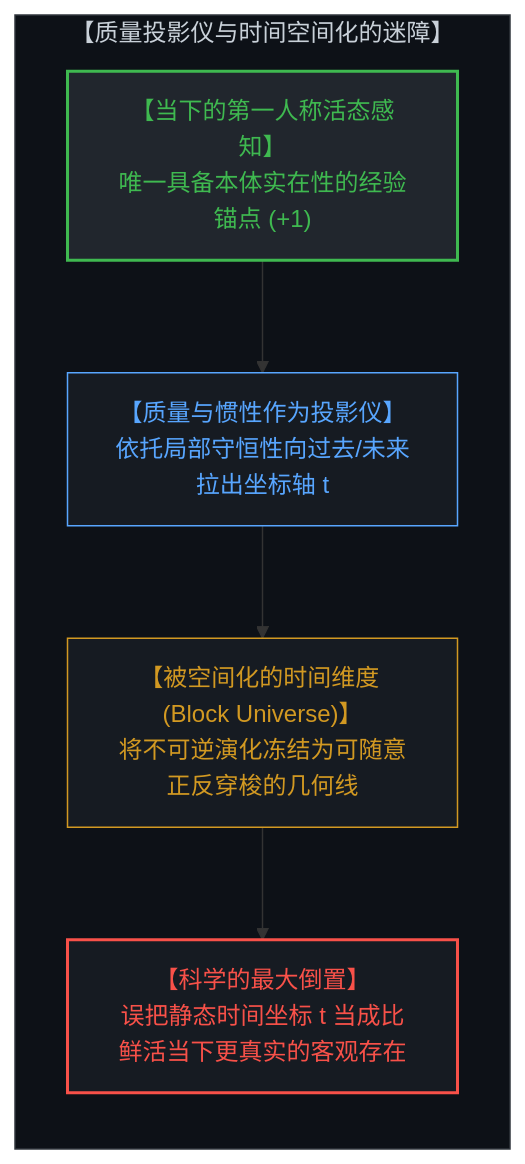
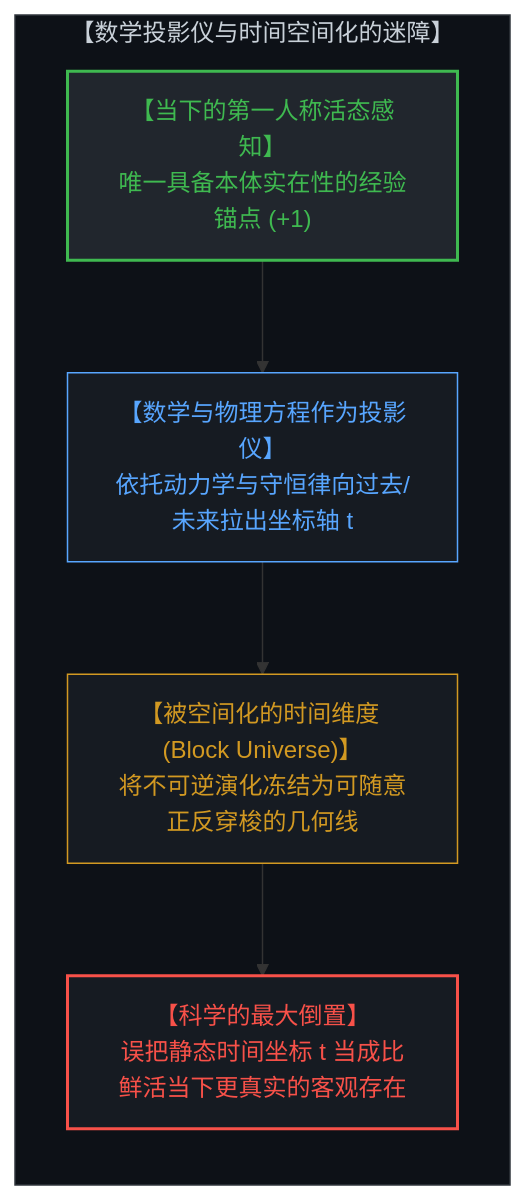
One commit to powerpig99/not-a-toe changed the fourth of 6 diagrams in content/posts/the-illusion-of-the-tool-and-the-inversion-of-time.md. Above: the diagram before and after it, drawn with Mermaid. The commit also changed other lines of this file and 3 other files, not shown here.

Commit message:
Fix dictation error: replace Mass with Math / Mathematics as projective instrument in Post #313

````diff
--- a/content/posts/the-illusion-of-the-tool-and-the-inversion-of-time.md
+++ b/content/posts/the-illusion-of-the-tool-and-the-inversion-of-time.md
@@ -189,18 +189,18 @@
 ```mermaid
 graph TD
-    subgraph SpatializedTimeTrap["【质量投影仪与时间空间化的迷障】"]
+    subgraph SpatializedTimeTrap["【数学投影仪与时间空间化的迷障】"]
         direction TB
         FeltPresentNow["【当下的第一人称活态感知】<br>唯一具备本体实在性的经验锚点 (+1)"]
-        MassAsProjector["【质量与惯性作为投影仪】<br>依托局部守恒性向过去/未来拉出坐标轴 t"]
+        MathAsProjector["【数学与物理方程作为投影仪】<br>依托动力学与守恒律向过去/未来拉出坐标轴 t"]
         SpatializedDimension["【被空间化的时间维度 (Block Universe)】<br>将不可逆演化冻结为可随意正反穿梭的几何线"]
         TimeInversionIllusion["【科学的最大倒置】<br>误把静态时间坐标 t 当成比鲜活当下更真实的客观存在"]
-        FeltPresentNow --> MassAsProjector
-        MassAsProjector --> SpatializedDimension
+        FeltPresentNow --> MathAsProjector
+        MathAsProjector --> SpatializedDimension
         SpatializedDimension --> TimeInversionIllusion
     end
     style SpatializedTimeTrap fill:#0d1117,stroke:#30363d,stroke-width:1px,color:#c9d1d9
     style FeltPresentNow fill:#21262d,stroke:#3fb950,stroke-width:2px,color:#3fb950
-    style MassAsProjector fill:#161b22,stroke:#58a6ff,stroke-width:1px,color:#58a6ff
+    style MathAsProjector fill:#161b22,stroke:#58a6ff,stroke-width:1px,color:#58a6ff
     style SpatializedDimension fill:#161b22,stroke:#d29922,stroke-width:1px,color:#d29922
     style TimeInversionIllusion fill:#161b22,stroke:#f85149,stroke-width:2px,color:#f85149
 ```
````
